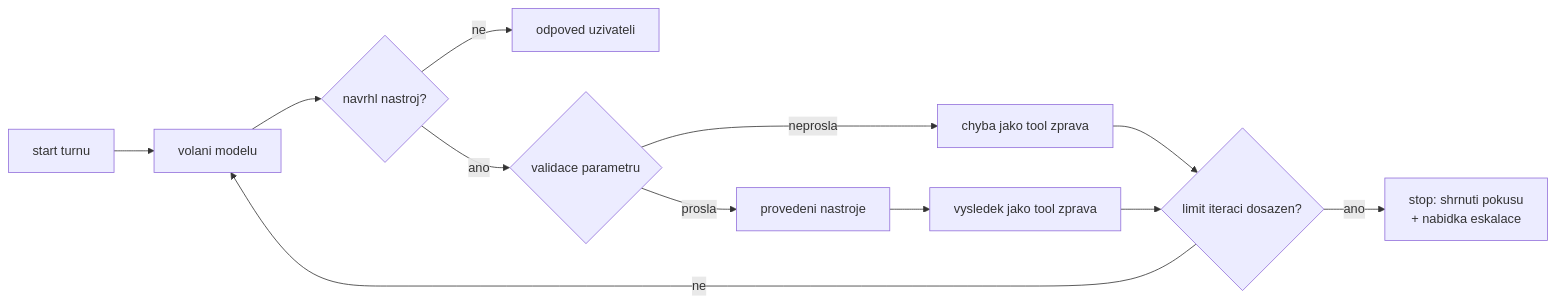
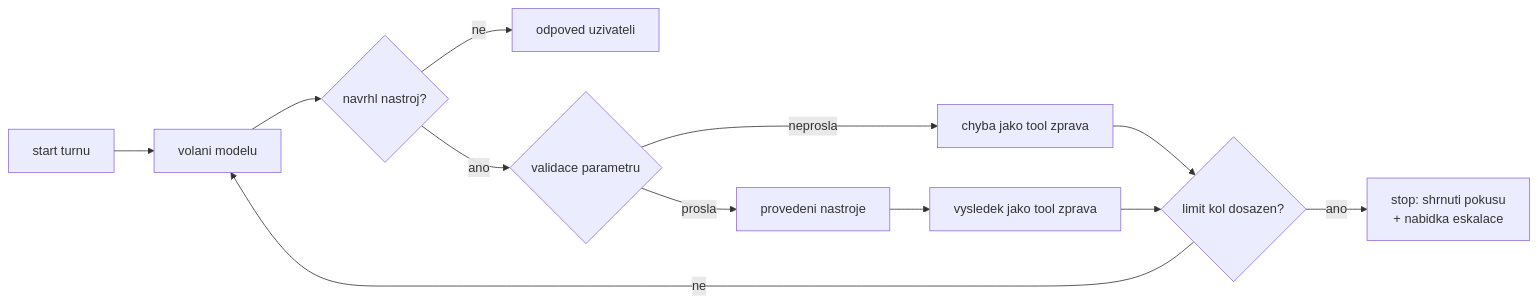
The second of 2 diagrams in day-3/prompt-orchestration/README.md (MalasekPetr/gopas-spo_copilot), drawn with Mermaid before and after one commit. The commit also changed other lines of this file and 7 other files, not shown here.

````diff
--- a/day-3/prompt-orchestration/README.md
+++ b/day-3/prompt-orchestration/README.md
@@ -106,14 +106,14 @@
 ```mermaid
 flowchart LR
   S[start turnu] --> C[volani modelu]
   C --> D{navrhl nastroj?}
   D -->|ne| A[odpoved uzivateli]
   D -->|ano| V{validace parametru}
   V -->|neprosla| E[chyba jako tool zprava]
   V -->|prosla| X[provedeni nastroje]
   X --> R[vysledek jako tool zprava]
-  E --> I{limit iteraci dosazen?}
+  E --> I{limit kol dosazen?}
   R --> I
   I -->|ne| C
   I -->|ano| F[stop: shrnuti pokusu<br/>+ nabidka eskalace]
 ```
````
